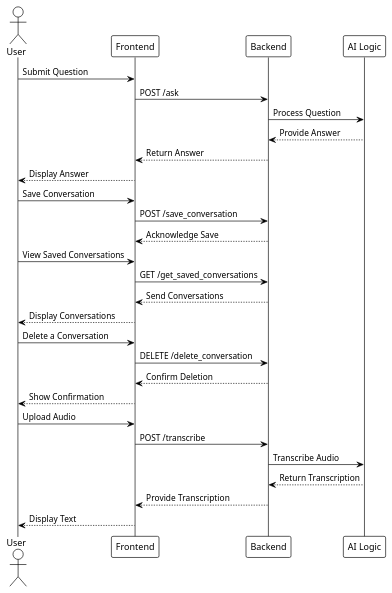
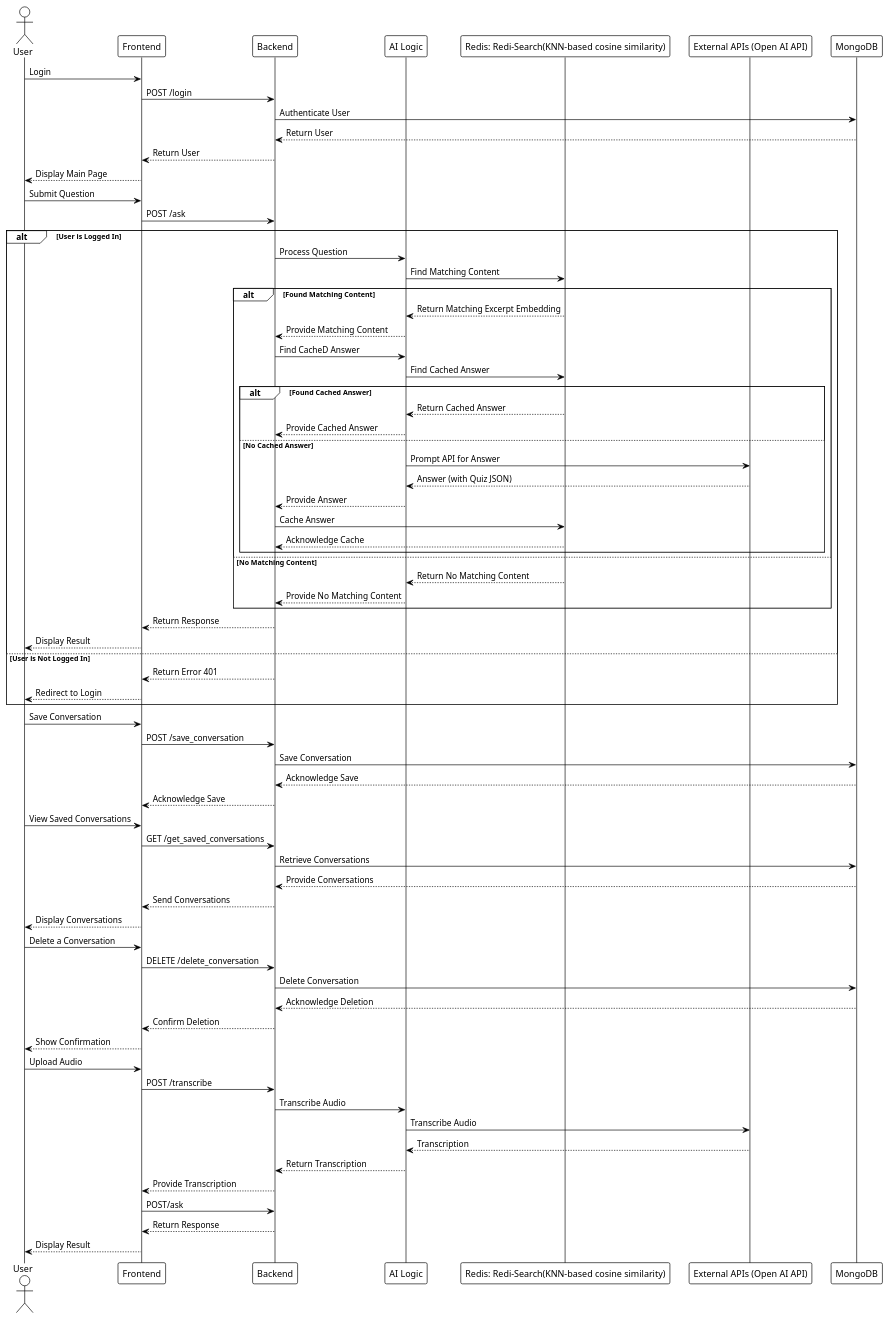
The diagram in sequence_diagram.puml (thathsara404/WileyWise), drawn with PlantUML before and after one commit.

Commit message:
sequence diagram improvements

```diff
--- a/sequence_diagram.puml
+++ b/sequence_diagram.puml
@@ -1,41 +1,87 @@
 @startuml
 !theme plain
 
 actor User
 participant Frontend
 participant Backend
 participant "AI Logic" as AI
+participant "Redis: Redi-Search(KNN-based cosine similarity)" as Redis
+participant "External APIs (Open AI API)" as API
+participant "MongoDB" as DB
+
+' User Login Flow
+User -> Frontend: Login
+Frontend -> Backend: POST /login
+Backend -> DB: Authenticate User
+DB --> Backend: Return User
+Backend --> Frontend: Return User
+Frontend --> User: Display Main Page
 
 ' Question Answering Flow
 User -> Frontend: Submit Question
 Frontend -> Backend: POST /ask
-Backend -> AI: Process Question
-AI --> Backend: Provide Answer
-Backend --> Frontend: Return Answer
-Frontend --> User: Display Answer
+alt User is Logged In
+    Backend -> AI: Process Question
+    AI -> Redis: Find Matching Content
+    alt Found Matching Content
+        Redis --> AI: Return Matching Excerpt Embedding
+        AI --> Backend: Provide Matching Content
+        Backend -> AI: Find CacheD Answer
+        AI -> Redis: Find Cached Answer
+
+        alt Found Cached Answer
+            Redis --> AI: Return Cached Answer
+            AI --> Backend: Provide Cached Answer
+        else No Cached Answer
+            AI -> API: Prompt API for Answer
+            API --> AI: Answer (with Quiz JSON)
+            AI --> Backend: Provide Answer
+            Backend -> Redis: Cache Answer
+            Redis --> Backend: Acknowledge Cache
+        end
+    else No Matching Content
+        Redis --> AI: Return No Matching Content
+        AI --> Backend: Provide No Matching Content
+    end
+    Backend --> Frontend: Return Response
+    Frontend --> User: Display Result
+else User is Not Logged In
+    Backend --> Frontend: Return Error 401
+    Frontend --> User: Redirect to Login
+end
 
 ' Save Conversation Flow
 User -> Frontend: Save Conversation
 Frontend -> Backend: POST /save_conversation
+Backend -> DB: Save Conversation
+DB --> Backend: Acknowledge Save
 Backend --> Frontend: Acknowledge Save
 
 ' Retrieve Conversations Flow
 User -> Frontend: View Saved Conversations
 Frontend -> Backend: GET /get_saved_conversations
+Backend -> DB: Retrieve Conversations
+DB --> Backend: Provide Conversations
 Backend --> Frontend: Send Conversations
 Frontend --> User: Display Conversations
 
 ' Delete Conversation Flow
 User -> Frontend: Delete a Conversation
 Frontend -> Backend: DELETE /delete_conversation
+Backend -> DB: Delete Conversation
+DB --> Backend: Acknowledge Deletion
 Backend --> Frontend: Confirm Deletion
 Frontend --> User: Show Confirmation
 
 ' Audio Transcription Flow
 User -> Frontend: Upload Audio
 Frontend -> Backend: POST /transcribe
 Backend -> AI: Transcribe Audio
+AI -> API: Transcribe Audio
+API --> AI: Transcription
 AI --> Backend: Return Transcription
 Backend --> Frontend: Provide Transcription
-Frontend --> User: Display Text
+Frontend -> Backend: POST/ask
+Backend --> Frontend: Return Response
+Frontend --> User: Display Result
 @enduml
```
